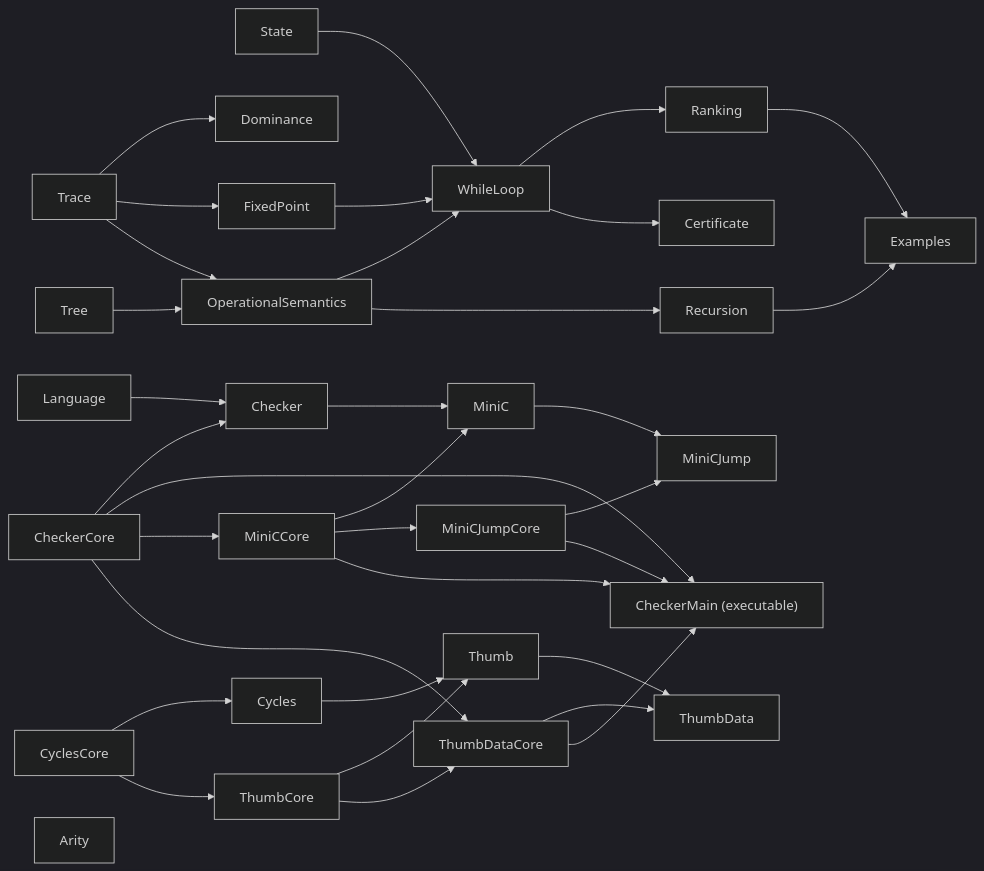
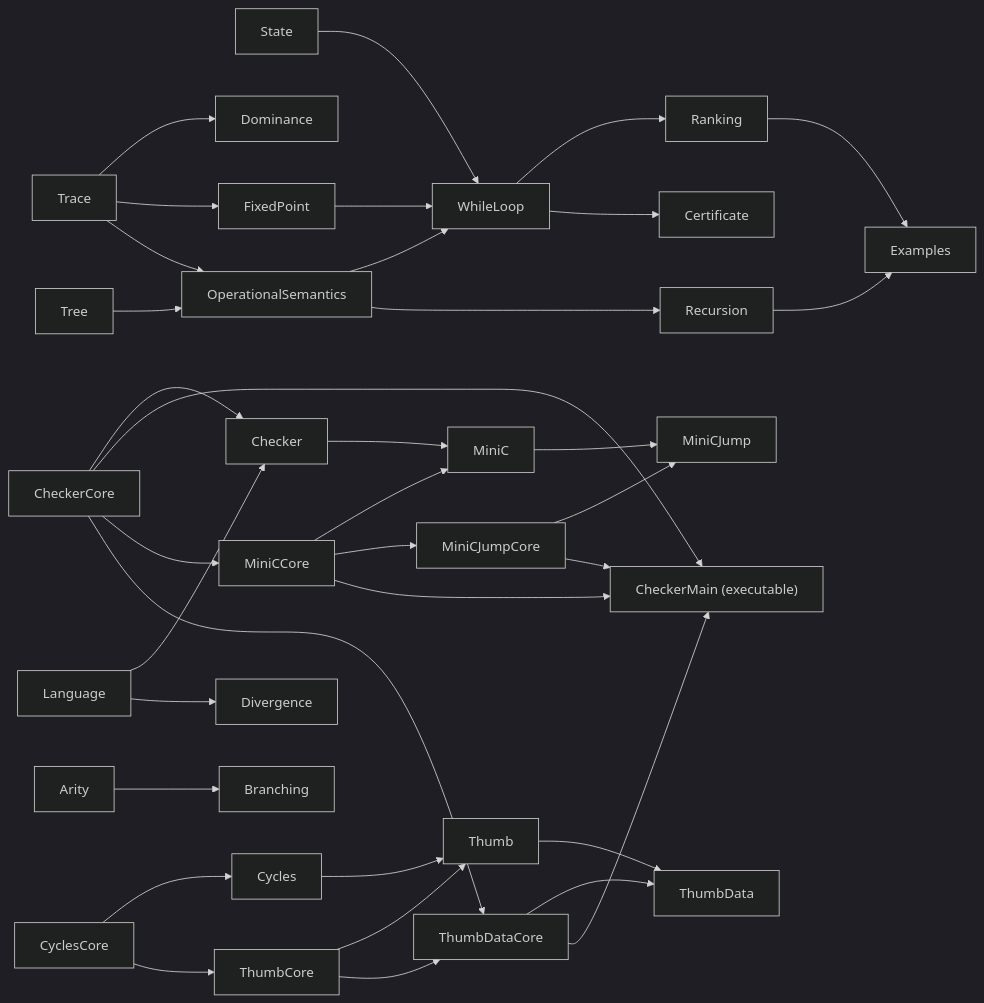
One commit to ldallolio/crosscheck changed the diagram in docs/guide/07-lean.md. Above: the diagram before and after it, drawn with Mermaid (dark theme). The commit also changed other lines of this file and 12 other files, not shown here.

````diff
--- a/docs/guide/07-lean.md
+++ b/docs/guide/07-lean.md
@@ -83,36 +83,37 @@
 ```mermaid
 flowchart LR
   State --> WhileLoop
   Trace --> Dominance
   Trace --> FixedPoint
   Trace --> OperationalSemantics
   Tree --> OperationalSemantics
   FixedPoint --> WhileLoop
   OperationalSemantics --> WhileLoop
   OperationalSemantics --> Recursion
   WhileLoop --> Ranking
   WhileLoop --> Certificate
   Ranking --> Examples
   Recursion --> Examples
   Language --> Checker
   CheckerCore --> Checker
   CheckerCore --> CheckerMain["CheckerMain (executable)"]
   CheckerCore --> MiniCCore
   MiniCCore --> MiniC
   Checker --> MiniC
   MiniCCore --> MiniCJumpCore
   MiniCJumpCore --> MiniCJump
   MiniC --> MiniCJump
   MiniCJumpCore --> CheckerMain
   MiniCCore --> CheckerMain
   CyclesCore --> Cycles
   CyclesCore --> ThumbCore
   ThumbCore --> Thumb
   Cycles --> Thumb
   ThumbCore --> ThumbDataCore
   CheckerCore --> ThumbDataCore
   Thumb --> ThumbData
   ThumbDataCore --> ThumbData
   ThumbDataCore --> CheckerMain
-  Arity
+  Arity --> Branching
+  Language --> Divergence
 ```
````
